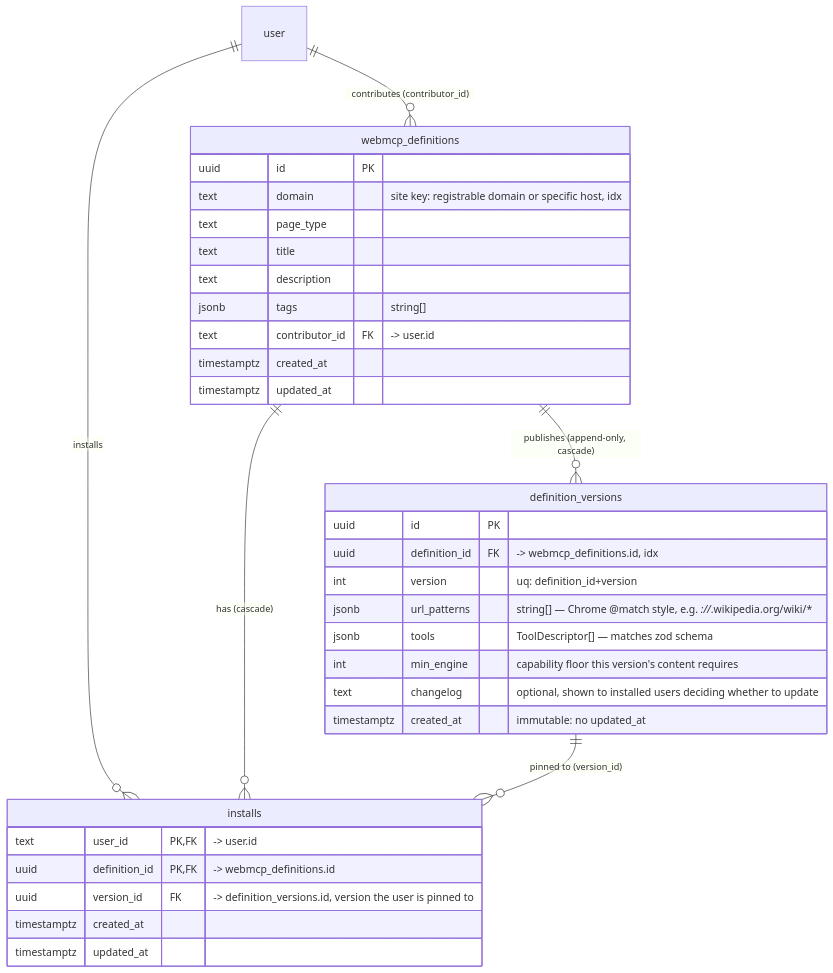
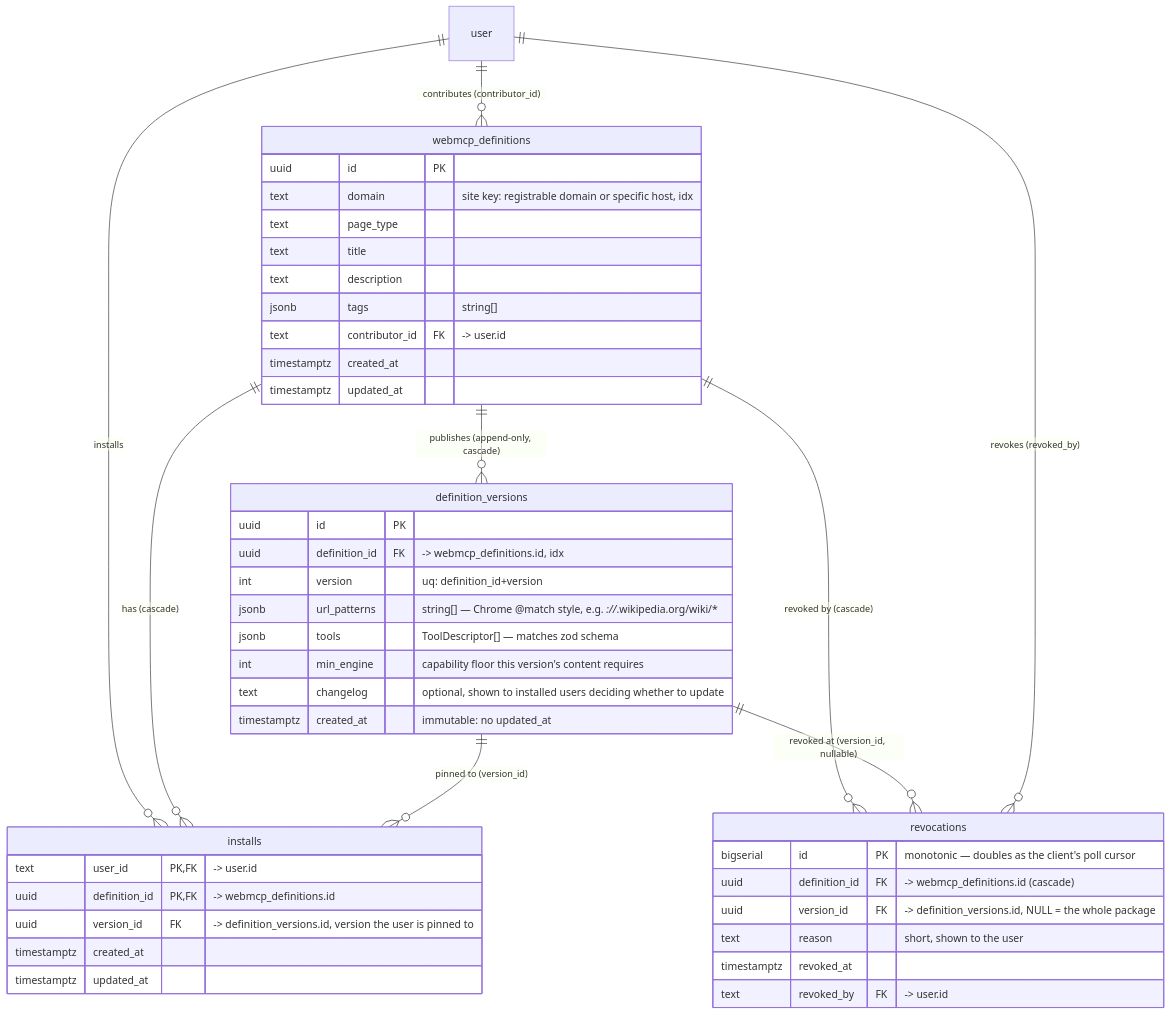
The first of 2 diagrams in docs/erd.md (robertn702/webmcp-today), drawn with Mermaid before and after one commit. The commit also changed other lines of this file and 11 other files, not shown here.

````diff
--- a/docs/erd.md
+++ b/docs/erd.md
@@ -11,39 +11,51 @@
 ```mermaid
 erDiagram
     user ||--o{ webmcp_definitions : "contributes (contributor_id)"
     user ||--o{ installs : installs
     webmcp_definitions ||--o{ definition_versions : "publishes (append-only, cascade)"
     webmcp_definitions ||--o{ installs : "has (cascade)"
     definition_versions ||--o{ installs : "pinned to (version_id)"
+    webmcp_definitions ||--o{ revocations : "revoked by (cascade)"
+    definition_versions ||--o{ revocations : "revoked at (version_id, nullable)"
+    user ||--o{ revocations : "revokes (revoked_by)"
 
     webmcp_definitions {
         uuid id PK
         text domain "site key: registrable domain or specific host, idx"
         text page_type
         text title
         text description
         jsonb tags "string[]"
         text contributor_id FK "-> user.id"
         timestamptz created_at
         timestamptz updated_at
     }
 
     definition_versions {
         uuid id PK
         uuid definition_id FK "-> webmcp_definitions.id, idx"
         int version "uq: definition_id+version"
         jsonb url_patterns "string[] — Chrome @match style, e.g. *://*.wikipedia.org/wiki/*"
         jsonb tools "ToolDescriptor[] — matches zod schema"
         int min_engine "capability floor this version's content requires"
         text changelog "optional, shown to installed users deciding whether to update"
         timestamptz created_at "immutable: no updated_at"
     }
 
     installs {
         text user_id PK,FK "-> user.id"
         uuid definition_id PK,FK "-> webmcp_definitions.id"
         uuid version_id FK "-> definition_versions.id, version the user is pinned to"
         timestamptz created_at
         timestamptz updated_at
     }
+
+    revocations {
+        bigserial id PK "monotonic — doubles as the client's poll cursor"
+        uuid definition_id FK "-> webmcp_definitions.id (cascade)"
+        uuid version_id FK "-> definition_versions.id, NULL = the whole package"
+        text reason "short, shown to the user"
+        timestamptz revoked_at
+        text revoked_by FK "-> user.id"
+    }
 ```
````
